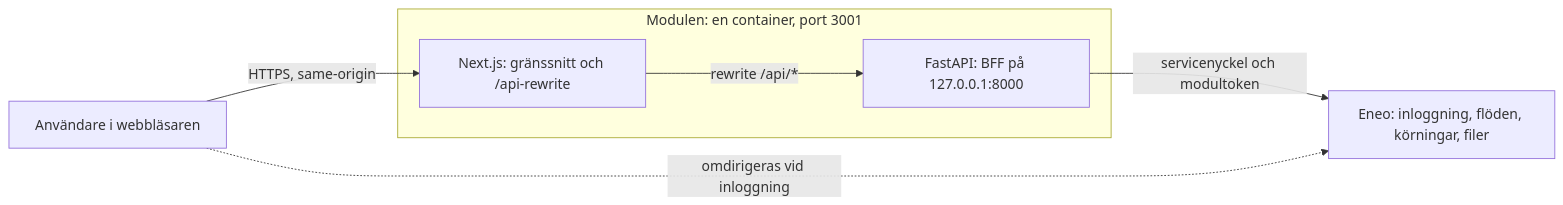
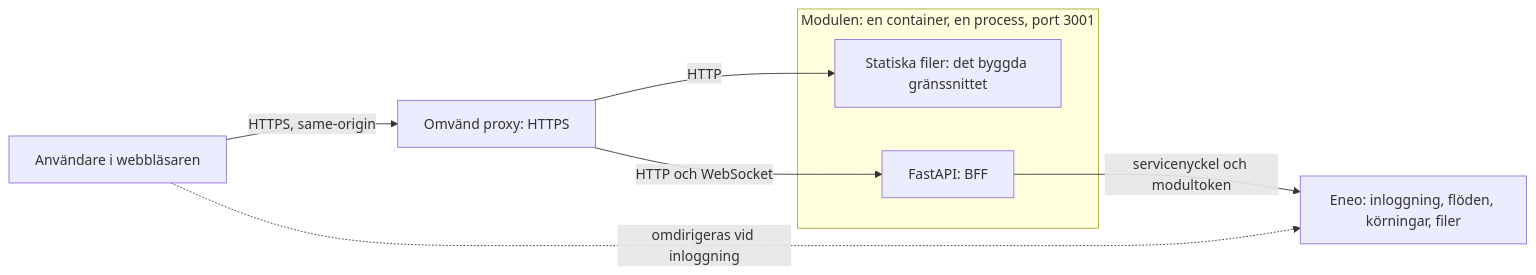
Before and after one commit to eneo-ai/eneo-mod-speech-to-text: the first of 8 diagrams in docs/architecture.md, drawn with Mermaid. The commit also changed other lines of this file and 14 other files, not shown here.

````diff
--- a/docs/architecture.md
+++ b/docs/architecture.md
@@ -50,13 +32,15 @@
 ```mermaid
 flowchart LR
     user["Användare i webbläsaren"]
-    subgraph module["Modulen: en container, port 3001"]
-        next["Next.js: gränssnitt och /api-rewrite"]
-        api["FastAPI: BFF på 127.0.0.1:8000"]
+    proxy["Omvänd proxy: HTTPS"]
+    subgraph module["Modulen: en container, en process, port 3001"]
+        ui["Statiska filer: det byggda gränssnittet"]
+        api["FastAPI: BFF"]
     end
     eneo["Eneo: inloggning, flöden, körningar, filer"]
-    user -->|"HTTPS, same-origin"| next
-    next -->|"rewrite /api/*"| api
+    user -->|"HTTPS, same-origin"| proxy
+    proxy -->|"HTTP"| ui
+    proxy -->|"HTTP och WebSocket"| api
     api -->|"servicenyckel och modultoken"| eneo
     user -.->|"omdirigeras vid inloggning"| eneo
 ```
````
